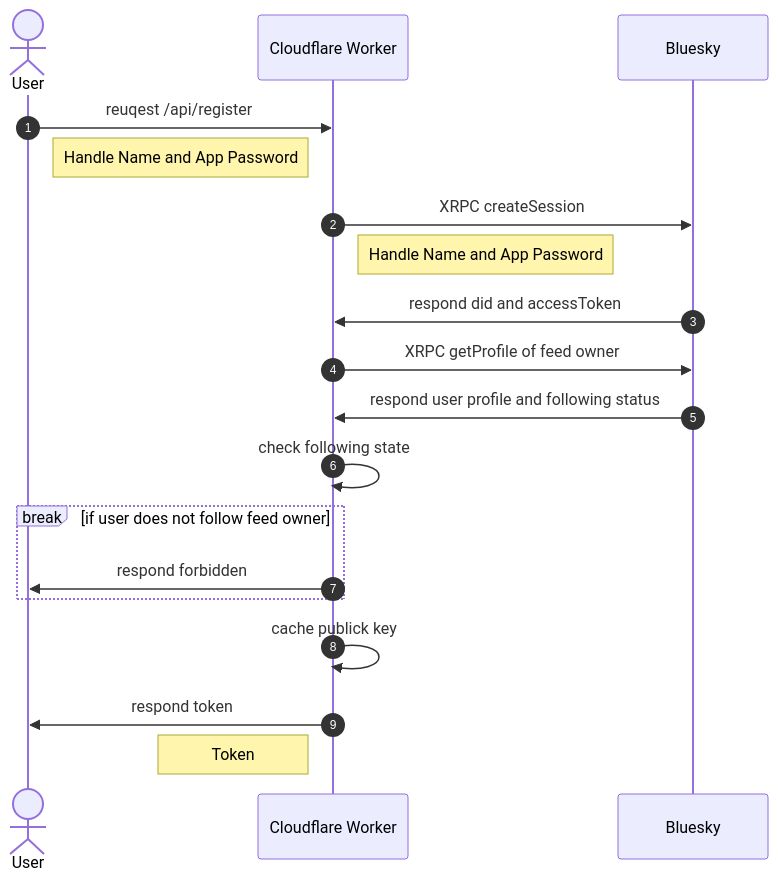
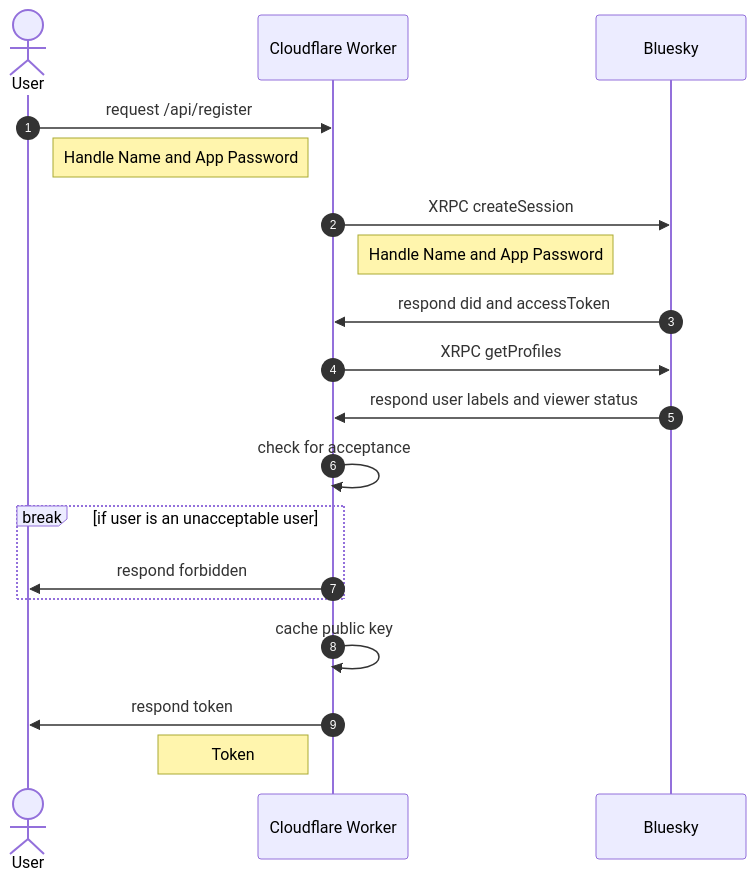
Before and after one commit to mzyy94/bluebookmark: the first of 4 diagrams in README.md, drawn with Mermaid. The commit also changed other lines of this file, not shown here.

Commit message:
Update diagram

````diff
--- a/README.md
+++ b/README.md
@@ -173,21 +173,21 @@
 ```mermaid
 sequenceDiagram
     autonumber
     actor User
     participant Cloudflare as Cloudflare Worker
     participant Bluesky
-    User->>Cloudflare: reuqest /api/register
+    User->>Cloudflare: request /api/register
     Note left of Cloudflare: Handle Name and App Password
     Cloudflare->>Bluesky: XRPC createSession
     Note right of Cloudflare: Handle Name and App Password
     Bluesky->>Cloudflare: respond did and accessToken
-    Cloudflare->>Bluesky: XRPC getProfile of feed owner
-    Bluesky->>Cloudflare: respond user profile and following status
-    Cloudflare->>Cloudflare: check following state
-    break if user does not follow feed owner
+    Cloudflare->>Bluesky: XRPC getProfiles
+    Bluesky->>Cloudflare: respond user labels and viewer status
+    Cloudflare->>Cloudflare: check for acceptance
+    break if user is an unacceptable user
         Cloudflare->>User: respond forbidden
     end
-    Cloudflare->>Cloudflare: cache publick key
+    Cloudflare->>Cloudflare: cache public key
     Cloudflare->>User: respond token
     Note left of Cloudflare: Token
 ```
````
